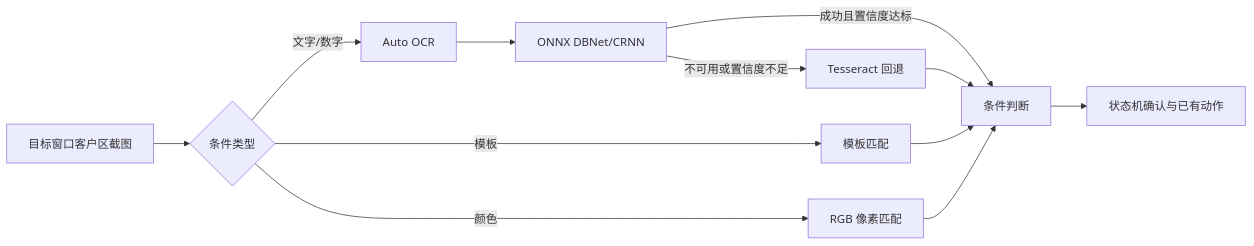
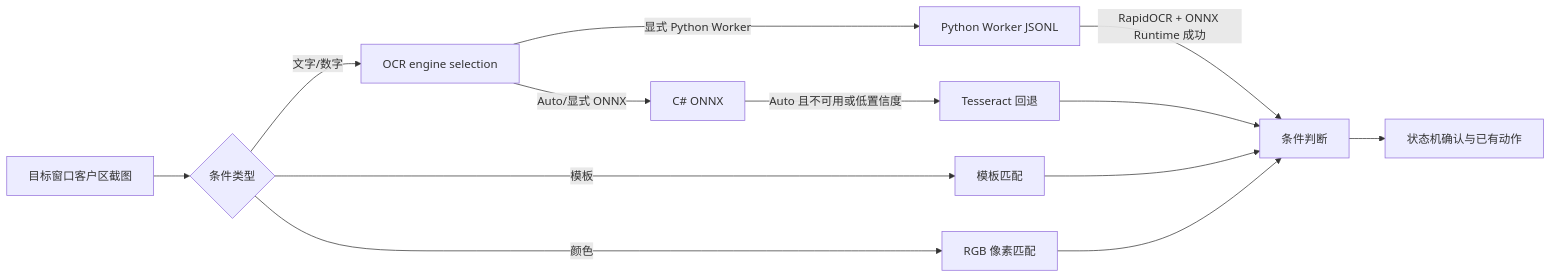
Before and after one commit to 17769036603/WinsockPacketEditor: the diagram in ARCHITECTURE.md, drawn with Mermaid. The commit also changed other lines of this file and 41 other files, not shown here.

Commit message:
优化视觉助手 UI 与 Python Worker 部署

````diff
--- a/ARCHITECTURE.md
+++ b/ARCHITECTURE.md
@@ -9,14 +9,15 @@
 ```mermaid
 flowchart LR
     A[目标窗口客户区截图] --> B{条件类型}
-    B -->|文字/数字| C[Auto OCR]
+    B -->|文字/数字| C[OCR engine selection]
     B -->|模板| D[模板匹配]
     B -->|颜色| E[RGB 像素匹配]
-    C --> F[ONNX DBNet/CRNN]
-    F -->|成功且置信度达标| G[条件判断]
-    F -->|不可用或置信度不足| H[Tesseract 回退]
-    H --> G
+    C -->|显式 Python Worker| F[Python Worker JSONL]
+    F -->|RapidOCR + ONNX Runtime 成功| G[条件判断]
+    C -->|Auto/显式 ONNX| H[C# ONNX]
+    H -->|Auto 且不可用或低置信度| I[Tesseract 回退]
+    I --> G
     D --> G
     E --> G
-    G --> I[状态机确认与已有动作]
+    G --> J[状态机确认与已有动作]
 ```
````
